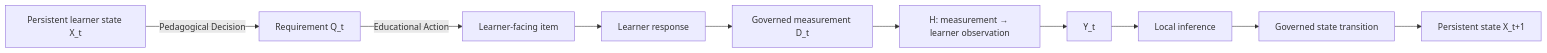
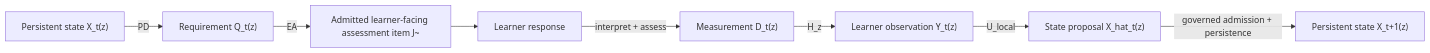
The diagram in content/architecture/overview.md (thatao72/three-twin-docs), drawn with Mermaid before and after one commit. The commit also changed other lines of this file and 1 other file, not shown here.

First line of the commit message:
Reframe architecture docs around the shared semantic base

````diff
--- a/content/architecture/overview.md
+++ b/content/architecture/overview.md
@@ -166,12 +215,10 @@
 ```mermaid
 flowchart LR
-    X["Persistent learner state X_t"] -->|"Pedagogical Decision"| Q["Requirement Q_t"]
-    Q -->|"Educational Action"| J["Learner-facing item"]
+    X["Persistent state X_t(z)"] -->|"PD"| Q["Requirement Q_t(z)"]
+    Q -->|"EA"| J["Admitted learner-facing assessment item J~"]
     J --> R["Learner response"]
-    R --> D["Governed measurement D_t"]
-    D --> H["H: measurement → learner observation"]
-    H --> Y["Y_t"]
-    Y --> U["Local inference"]
-    U --> A["Governed state transition"]
-    A --> X2["Persistent state X_t+1"]
+    R -->|"interpret + assess"| D["Measurement D_t(z)"]
+    D -->|"H_z"| Y["Learner observation Y_t(z)"]
+    Y -->|"U_local"| XH["State proposal X_hat_t(z)"]
+    XH -->|"governed admission + persistence"| X2["Persistent state X_t+1(z)"]
 ```
````
